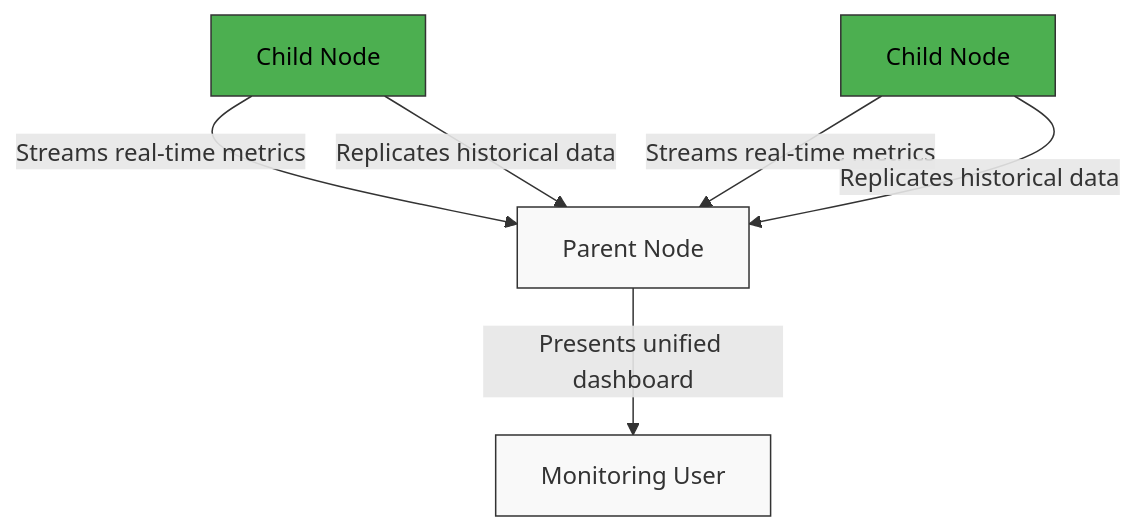
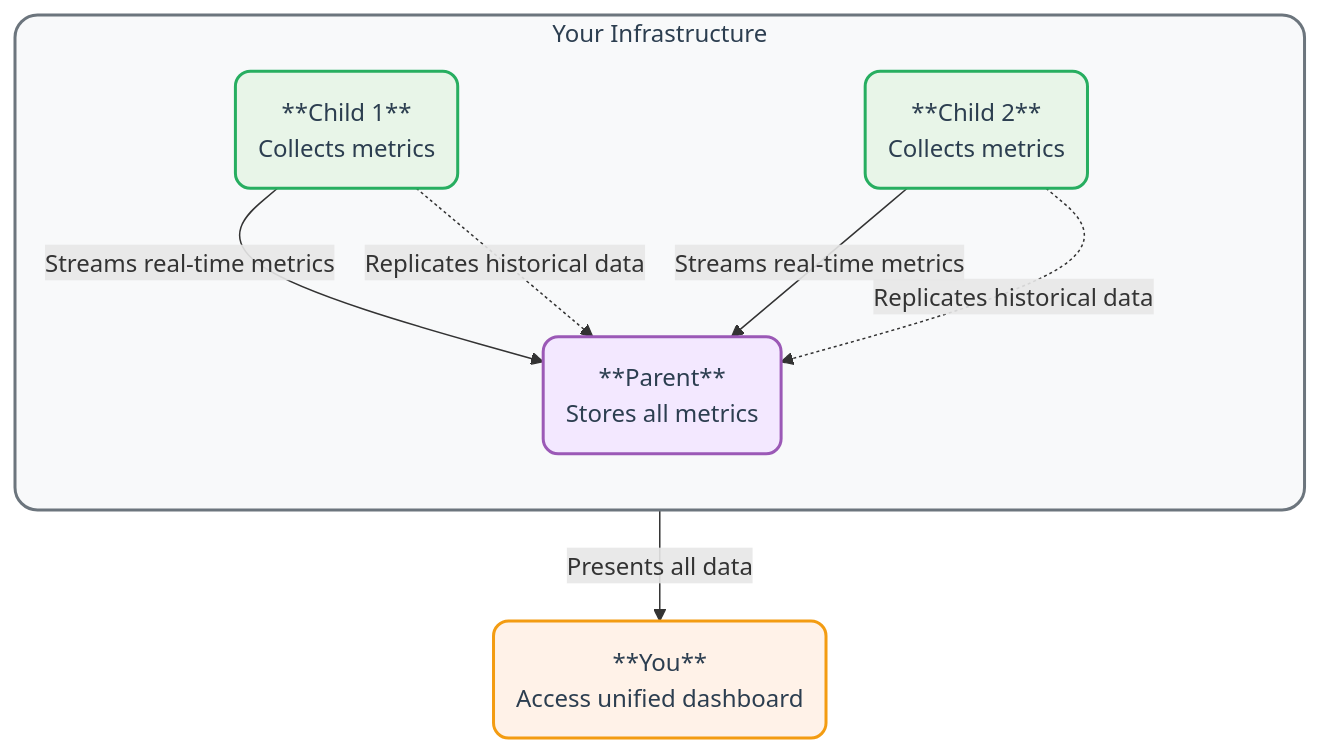
One commit to netdata/netdata changed the first of 2 diagrams in src/streaming/README.md. Above: the diagram before and after it, drawn with Mermaid. The commit also changed other lines of this file and 7 other files, not shown here.

````diff
--- a/src/streaming/README.md
+++ b/src/streaming/README.md
@@ -21,13 +24,32 @@
 ```mermaid
-graph TD
-    A[Child Node] -->|Streams real-time metrics| B[Parent Node]
-    A -->|Replicates historical data| B
-    C[Child Node] -->|Streams real-time metrics| B
-    C -->|Replicates historical data| B
-    B -->|Presents unified dashboard| D[Monitoring User]
+flowchart TB
+    subgraph infrastructure["Your Infrastructure"]
+        direction TB
+        C1[C1]
+        C2[C2]
+        P[P]
+        
+        C1("**Child 1**<br/>Collects metrics")
+        C2("**Child 2**<br/>Collects metrics")
+        P("**Parent**<br/>Stores all metrics")
+        
+        C1 -->|Streams real-time metrics| P
+        C1 -.->|Replicates historical data| P
+        C2 -->|Streams real-time metrics| P
+        C2 -.->|Replicates historical data| P
+    end
     
-classDef default fill:#f9f9f9,stroke:#333,stroke-width:1px,color:#333;
-classDef green fill:#4caf50,stroke:#333,stroke-width:1px,color:black;
-class A,C green;
-class B,D default;
+    U[U]
+    U("**You**<br/>Access unified dashboard")
+    P -->|Presents all data| U
+    
+    classDef child fill:#e8f5e8,stroke:#27ae60,stroke-width:2px,color:#2c3e50,rx:10,ry:10
+    classDef parent fill:#f3e8ff,stroke:#9b59b6,stroke-width:2px,color:#2c3e50,rx:10,ry:10
+    classDef user fill:#fff2e8,stroke:#f39c12,stroke-width:2px,color:#2c3e50,rx:10,ry:10
+    classDef subgraphStyle fill:#f8f9fa,stroke:#6c757d,stroke-width:2px,color:#2c3e50,rx:15,ry:15
+    
+    class C1,C2 child
+    class P parent
+    class U user
+    class infrastructure subgraphStyle
 ```
````
